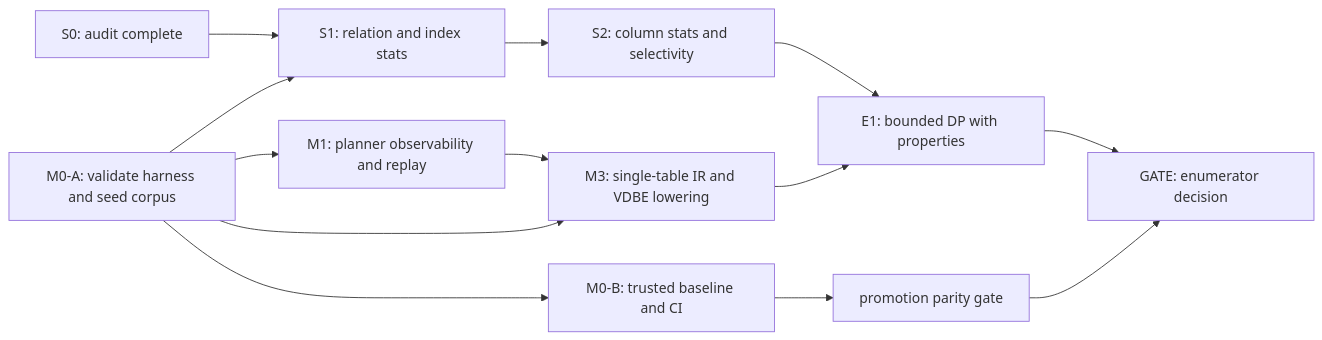
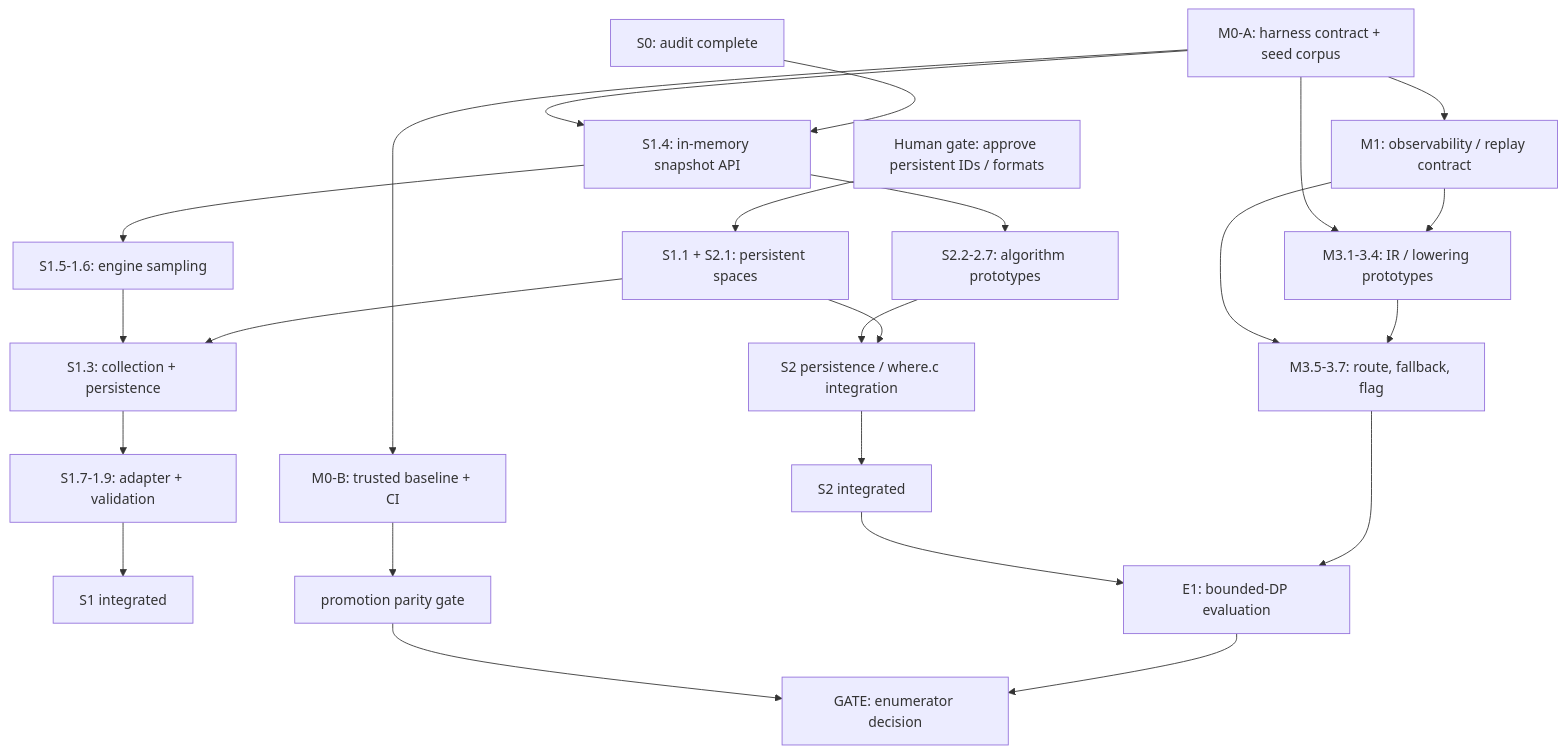
Before and after one commit to tsafin/tarantool-dsql: the diagram in docs/vdbe/roadmap.md, drawn with Mermaid. The commit also changed other lines of this file, not shown here.

Commit message:
docs: replan roadmap around approval gate and workstreams

````diff
--- a/docs/vdbe/roadmap.md
+++ b/docs/vdbe/roadmap.md
@@ -79,15 +79,26 @@
 ```mermaid
-flowchart LR
-    A["M0-A: validate harness and seed corpus"] --> B["M0-B: trusted baseline and CI"]
-    A --> C["M1: planner observability and replay"]
-    D["S0: audit complete"] --> E["S1: relation and index stats"]
+flowchart TD
+    A["M0-A: harness contract + seed corpus"] --> B["M0-B: trusted baseline + CI"]
+    A --> C["M1: observability / replay contract"]
+    D["S0: audit complete"] --> E["S1.4: in-memory snapshot API"]
     A --> E
-    E --> F["S2: column stats and selectivity"]
-    C --> G["M3: single-table IR and VDBE lowering"]
+    E --> F["S2.2-2.7: algorithm prototypes"]
+    C --> G["M3.1-3.4: IR / lowering prototypes"]
     A --> G
-    B --> H["promotion parity gate"]
-    F --> I["E1: bounded DP with properties"]
-    G --> I
-    I --> J["GATE: enumerator decision"]
-    H --> J
+    G --> H["M3.5-3.7: route, fallback, flag"]
+    C --> H
+    P["Human gate: approve persistent IDs / formats"] --> Q["S1.1 + S2.1: persistent spaces"]
+    E --> R["S1.5-1.6: engine sampling"]
+    Q --> S["S1.3: collection + persistence"]
+    R --> S
+    S --> T["S1.7-1.9: adapter + validation"]
+    Q --> U["S2 persistence / where.c integration"]
+    F --> U
+    U --> V["S2 integrated"]
+    T --> W["S1 integrated"]
+    H --> X["E1: bounded-DP evaluation"]
+    V --> X
+    B --> Y["promotion parity gate"]
+    X --> Z["GATE: enumerator decision"]
+    Y --> Z
 ```
````
